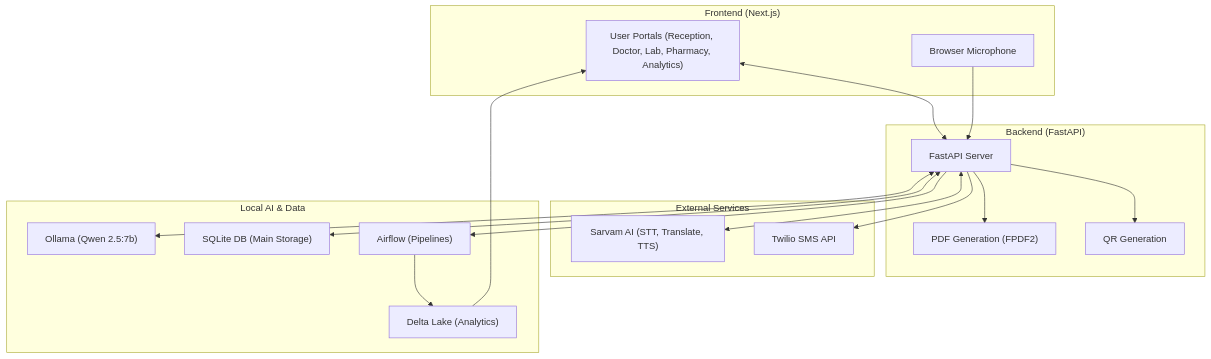
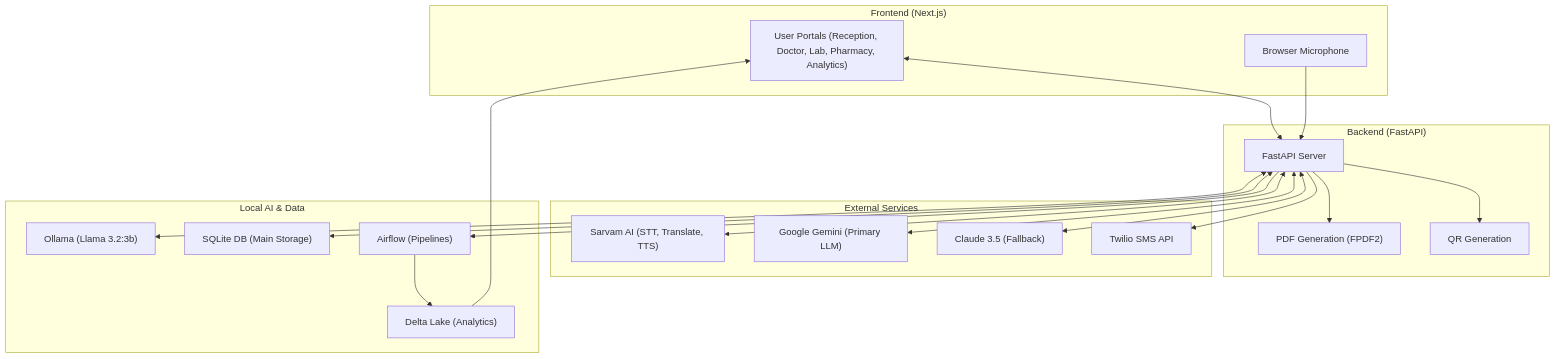
The first of 2 diagrams in README.md (NITHINKR06/vaidika), drawn with Mermaid before and after one commit. The commit also changed other lines of this file, not shown here.

Commit message:
docs: Update README to reflect multi-LLM support (Gemini, Claude), returning patient features, and switch local LLM from Qwen 2.5 to Llama 3.2.

````diff
--- a/README.md
+++ b/README.md
@@ -21,37 +23,41 @@
 ```mermaid
 graph TD
     subgraph "Frontend (Next.js)"
         UI["User Portals (Reception, Doctor, Lab, Pharmacy, Analytics)"]
         BrowserMic["Browser Microphone"]
     end
 
     subgraph "Backend (FastAPI)"
         API["FastAPI Server"]
         PDF["PDF Generation (FPDF2)"]
         QR["QR Generation"]
     end
 
     subgraph "External Services"
         Sarvam["Sarvam AI (STT, Translate, TTS)"]
+        Gemini["Google Gemini (Primary LLM)"]
+        Claude["Claude 3.5 (Fallback)"]
         Twilio["Twilio SMS API"]
     end
 
     subgraph "Local AI & Data"
-        Ollama["Ollama (Qwen 2.5:7b)"]
+        Ollama["Ollama (Llama 3.2:3b)"]
         SQLite["SQLite DB (Main Storage)"]
         Delta["Delta Lake (Analytics)"]
         Airflow["Airflow (Pipelines)"]
     end
 
     UI <--> API
     BrowserMic --> API
     API <--> Sarvam
+    API <--> Gemini
+    API <--> Claude
     API <--> Ollama
     API <--> SQLite
     API --> Twilio
     API --> PDF
     API --> QR
     API --> Airflow
     Airflow --> Delta
     Delta --> UI
 ```
````
